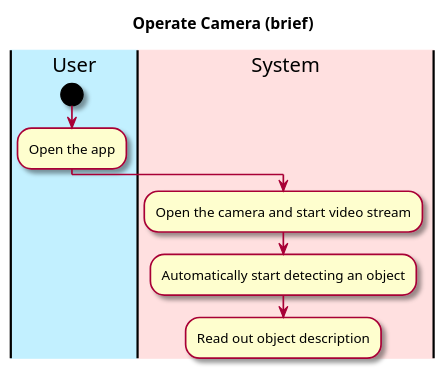
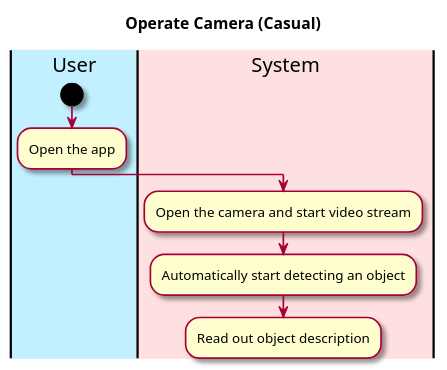
One commit to tonyh1306/OBRE-Vision-through-a-screen changed the diagram in intellij/doc/use-cases/analyze-video.md. Above: the diagram before and after it, drawn with PlantUML.

Commit message:
Fixes merge conflict in analyze-video

````diff
--- a/intellij/doc/use-cases/analyze-video.md
+++ b/intellij/doc/use-cases/analyze-video.md
@@ -39,22 +39,22 @@
 ```plantuml
 @startuml
 
 skin rose
 
-title Operate Camera (brief)
+title Operate Camera (Casual)
 
 'define the lanes
 |#application|User|
 |#implementation|System|
 
 |User|
 start
 :Open the app;
 
 |System|
 :Open the camera and start video stream;
 :Automatically start detecting an object;
 :Read out object description;
 
 @enduml
 ```
````
